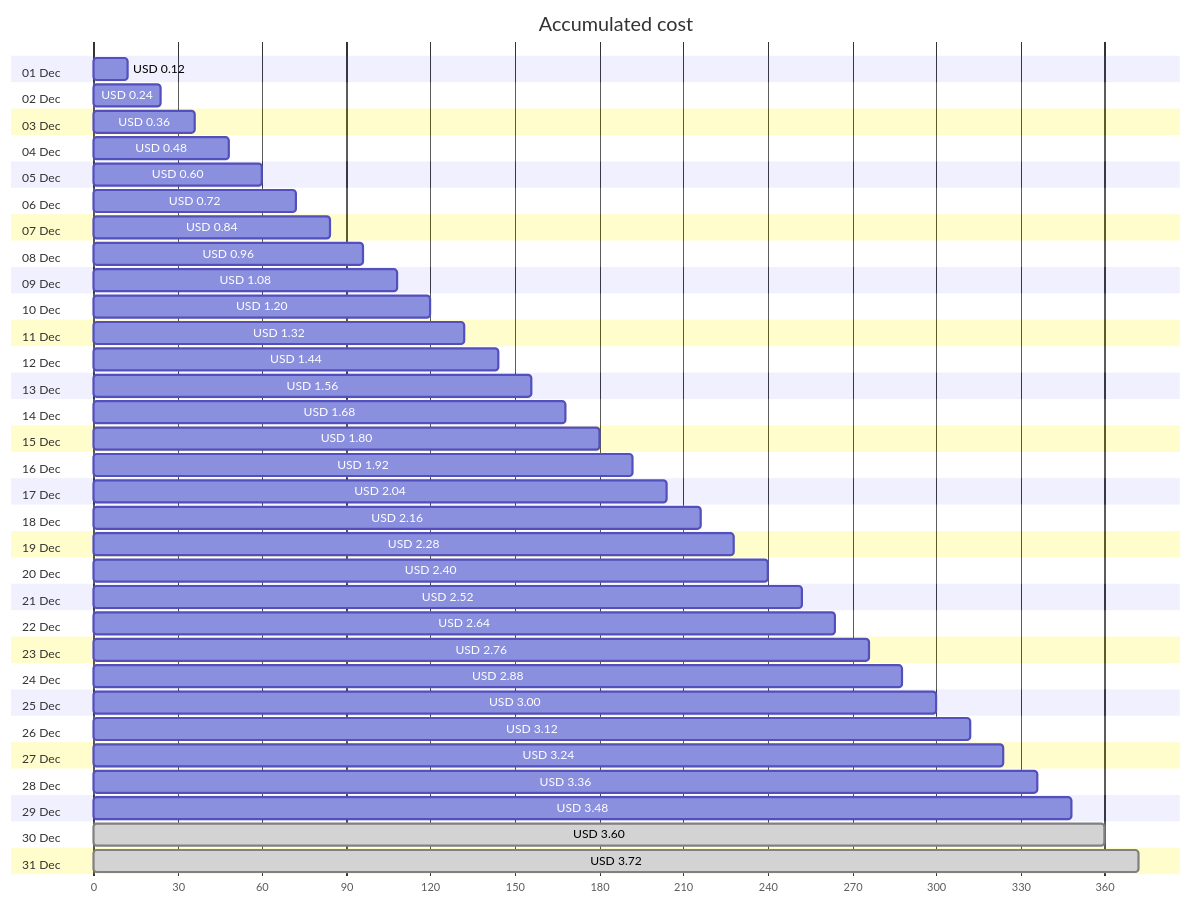
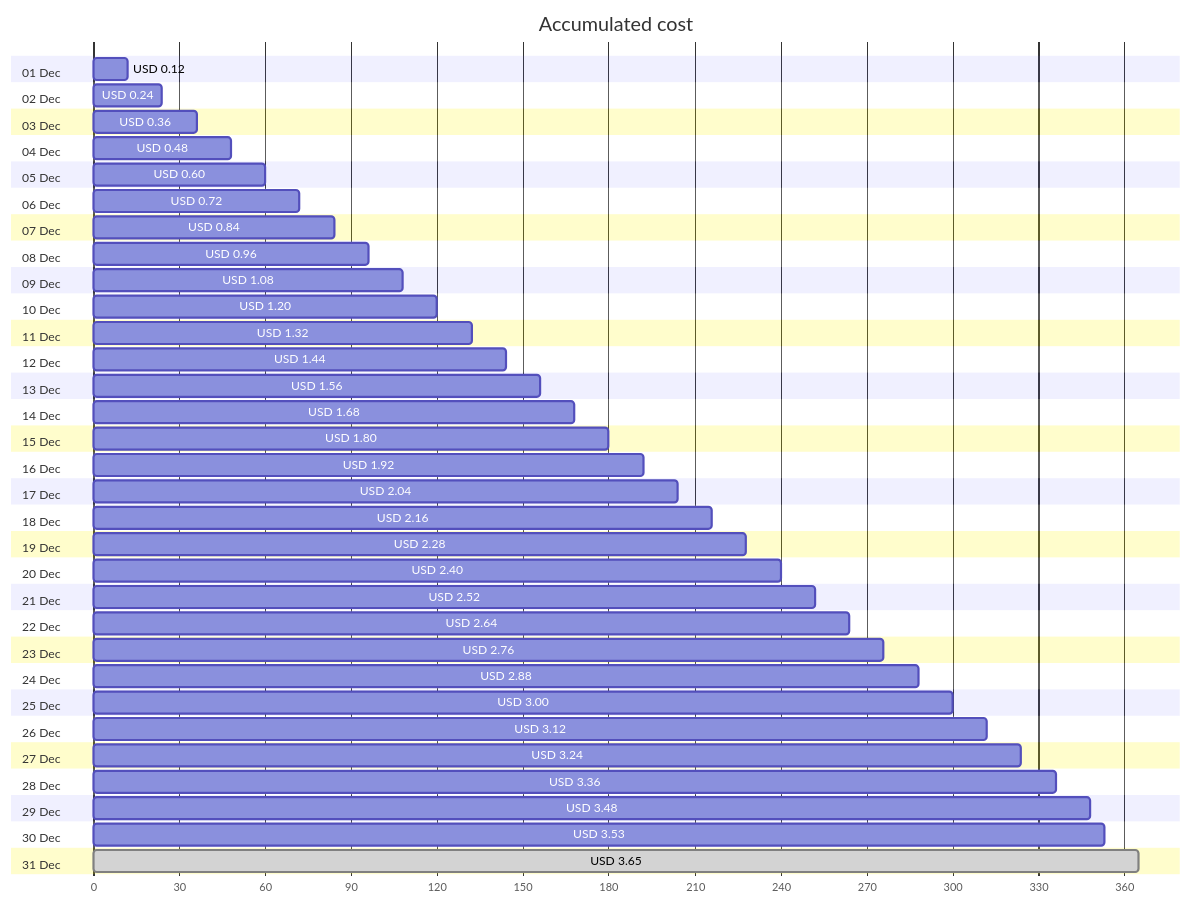
Before and after one commit to jpfulton/azure-personal-reports: the first of 4 diagrams in cost-reports/personal-network/backup-server-public-ip.md, drawn with Mermaid. The commit also changed other lines of this file and 8 other files, not shown here.

````diff
--- a/cost-reports/personal-network/backup-server-public-ip.md
+++ b/cost-reports/personal-network/backup-server-public-ip.md
@@ -20,68 +20,68 @@
 ```mermaid
 gantt
    title Accumulated cost
    dateFormat  X
    axisFormat %s
    section 01 Dec
    USD 0.12 :0, 12
    section 02 Dec
    USD 0.24 :0, 24
    section 03 Dec
    USD 0.36 :0, 36
    section 04 Dec
    USD 0.48 :0, 48
    section 05 Dec
    USD 0.60 :0, 60
    section 06 Dec
    USD 0.72 :0, 72
    section 07 Dec
    USD 0.84 :0, 84
    section 08 Dec
    USD 0.96 :0, 96
    section 09 Dec
    USD 1.08 :0, 108
    section 10 Dec
    USD 1.20 :0, 120
    section 11 Dec
    USD 1.32 :0, 132
    section 12 Dec
    USD 1.44 :0, 144
    section 13 Dec
    USD 1.56 :0, 156
    section 14 Dec
    USD 1.68 :0, 168
    section 15 Dec
    USD 1.80 :0, 180
    section 16 Dec
    USD 1.92 :0, 192
    section 17 Dec
    USD 2.04 :0, 204
    section 18 Dec
    USD 2.16 :0, 216
    section 19 Dec
    USD 2.28 :0, 228
    section 20 Dec
    USD 2.40 :0, 240
    section 21 Dec
    USD 2.52 :0, 252
    section 22 Dec
    USD 2.64 :0, 264
    section 23 Dec
    USD 2.76 :0, 276
    section 24 Dec
    USD 2.88 :0, 288
    section 25 Dec
    USD 3.00 :0, 300
    section 26 Dec
    USD 3.12 :0, 312
    section 27 Dec
    USD 3.24 :0, 324
    section 28 Dec
    USD 3.36 :0, 336
    section 29 Dec
    USD 3.48 :0, 348
    section 30 Dec
-   USD 3.60 : done, 0, 360
+   USD 3.53 :0, 353
    section 31 Dec
-   USD 3.72 : done, 0, 372
+   USD 3.65 : done, 0, 365
 ```
````
